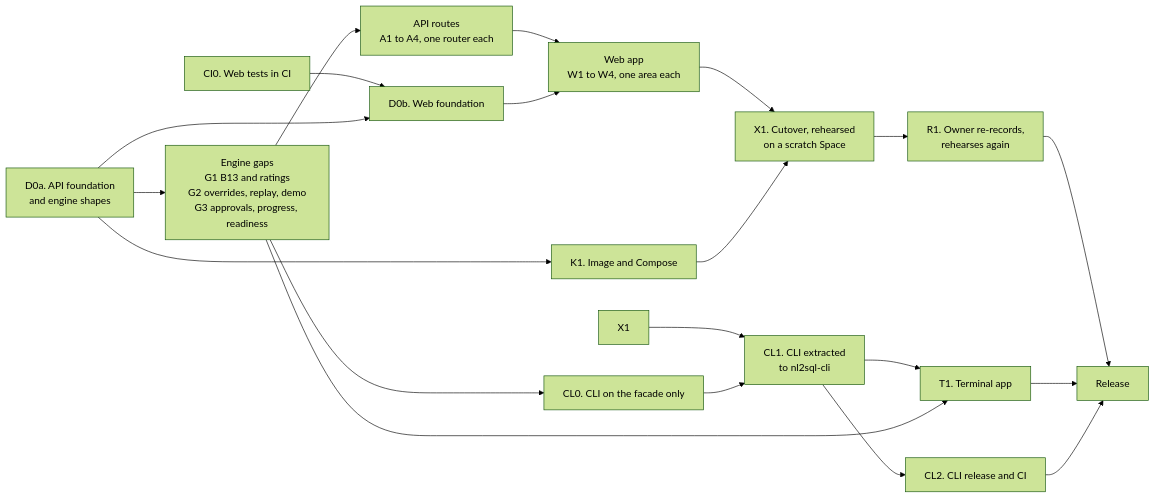
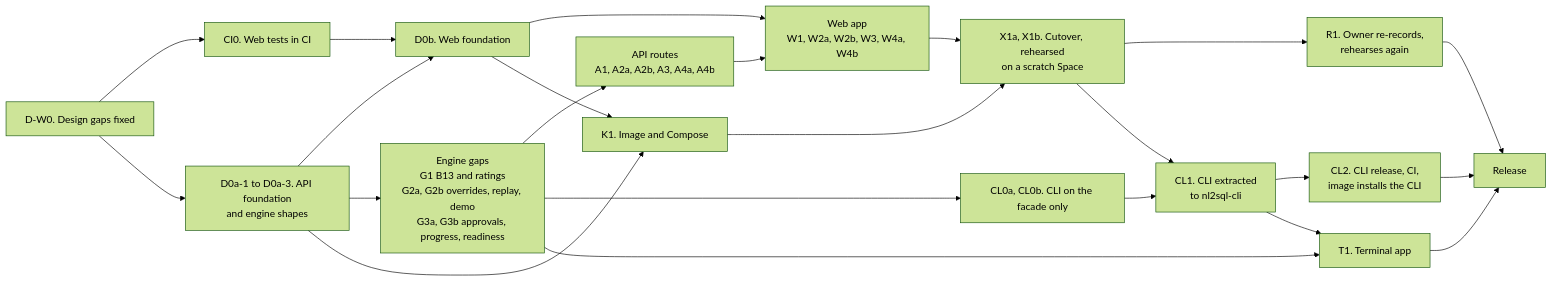
The first of 4 diagrams in docs/architecture/wave_d.md (nadeem4/nl2sql), drawn with Mermaid (forest theme) before and after one commit. The commit also changed other lines of this file and 1 other file, not shown here.

````diff
--- a/docs/architecture/wave_d.md
+++ b/docs/architecture/wave_d.md
@@ -171,24 +170,35 @@
 ```mermaid
 flowchart LR
+  DW0["D-W0. Design gaps fixed"]
   CI["CI0. Web tests in CI"]
-  CI --> DB["D0b. Web foundation"]
-  DA["D0a. API foundation<br/>and engine shapes"]
-  DA --> G["Engine gaps<br/>G1 B13 and ratings<br/>G2 overrides, replay, demo<br/>G3 approvals, progress, readiness"]
+  DA["D0a-1 to D0a-3. API foundation<br/>and engine shapes"]
+  DB["D0b. Web foundation"]
+  G["Engine gaps<br/>G1 B13 and ratings<br/>G2a, G2b overrides, replay, demo<br/>G3a, G3b approvals, progress, readiness"]
+  A["API routes<br/>A1, A2a, A2b, A3, A4a, A4b"]
+  W["Web app<br/>W1, W2a, W2b, W3, W4a, W4b"]
+  CL0["CL0a, CL0b. CLI on the facade only"]
+  K["K1. Image and Compose"]
+  X["X1a, X1b. Cutover, rehearsed<br/>on a scratch Space"]
+  DW0 --> CI
+  DW0 --> DA
+  CI --> DB
   DA --> DB
-  G --> A["API routes<br/>A1 to A4, one router each"]
-  A --> W["Web app<br/>W1 to W4, one area each"]
+  DA --> G
+  G --> A
+  A --> W
   DB --> W
-  G --> CL0["CL0. CLI on the facade only"]
-  X1 --> CL1["CL1. CLI extracted<br/>to nl2sql-cli"]
+  G --> CL0
+  DA --> K
+  DB --> K
+  W --> X
+  K --> X
+  X --> R["R1. Owner re-records,<br/>rehearses again"]
+  X --> CL1["CL1. CLI extracted<br/>to nl2sql-cli"]
   CL0 --> CL1
-  CL1 --> CL2["CL2. CLI release and CI"]
+  CL1 --> CL2["CL2. CLI release, CI,<br/>image installs the CLI"]
   CL1 --> T["T1. Terminal app"]
   G --> T
-  DA --> K["K1. Image and Compose"]
-  W --> X["X1. Cutover, rehearsed<br/>on a scratch Space"]
-  K --> X
-  X --> R["R1. Owner re-records,<br/>rehearses again"]
   R --> REL["Release"]
   T --> REL
   CL2 --> REL
 ```
````
